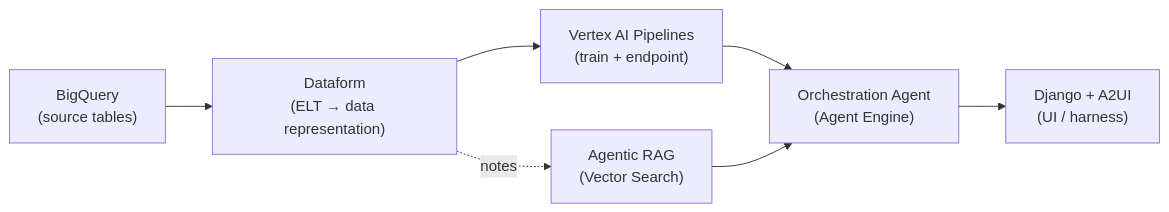
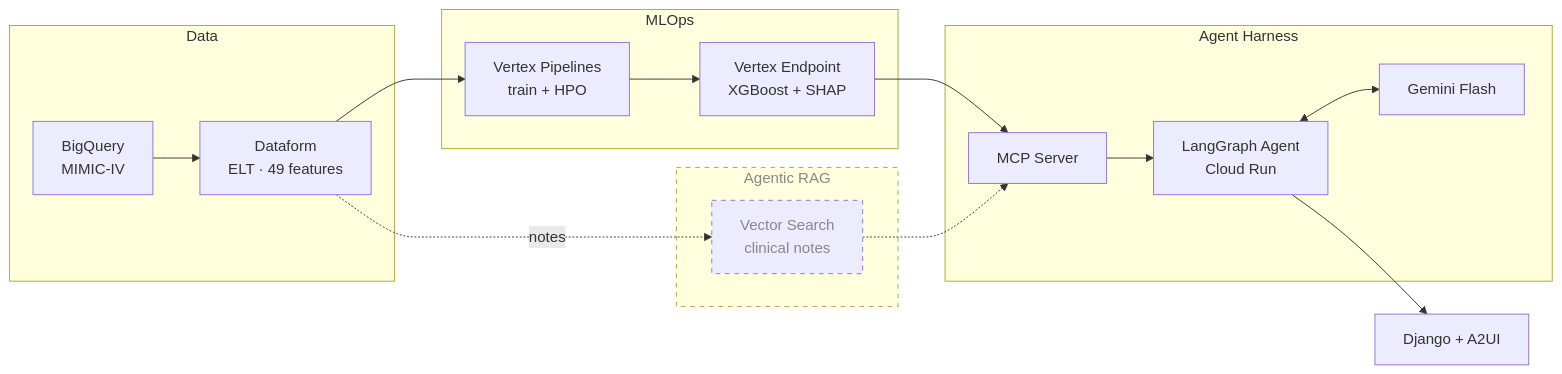
The diagram in README.md (DanHerman212/enterprise_clinical_copilot), drawn with Mermaid before and after one commit. The commit also changed other lines of this file and 15 other files, not shown here.

````diff
--- a/README.md
+++ b/README.md
@@ -11,13 +17,28 @@
 ```mermaid
 flowchart LR
-  BQ["BigQuery<br/>(source tables)"]
-  DF["Dataform<br/>(ELT → data representation)"]
-  ML["Vertex AI Pipelines<br/>(train + endpoint)"]
-  RAG["Agentic RAG<br/>(Vector Search)"]
-  AG["Orchestration Agent<br/>(Agent Engine)"]
-  DJ["Django + A2UI<br/>(UI / harness)"]
+  subgraph SRC["Data"]
+    BQ["BigQuery<br/>MIMIC-IV"]
+    DF["Dataform<br/>ELT · 49 features"]
+  end
+  subgraph MLO["MLOps"]
+    TR["Vertex Pipelines<br/>train + HPO"]
+    EP["Vertex Endpoint<br/>XGBoost + SHAP"]
+  end
+  subgraph RG["Agentic RAG"]
+    VS["Vector Search<br/>clinical notes"]
+  end
+  subgraph AG["Agent Harness"]
+    MCP["MCP Server"]
+    LG["LangGraph Agent<br/>Cloud Run"]
+    GM["Gemini Flash"]
+  end
+  DJ["Django + A2UI"]
 
-  BQ --> DF --> ML --> AG
-  RAG --> AG --> DJ
-  DF -.notes.-> RAG
+  BQ --> DF --> TR --> EP --> MCP
+  DF -.notes.-> VS -.-> MCP
+  MCP --> LG <--> GM
+  LG --> DJ
+
+  classDef planned stroke-dasharray:5 5,color:#888
+  class VS,RG planned
 ```
````
